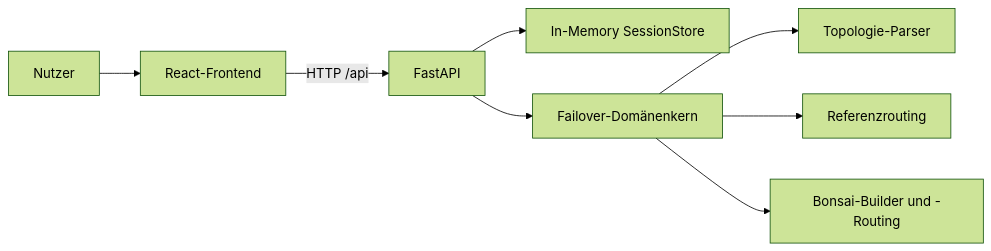
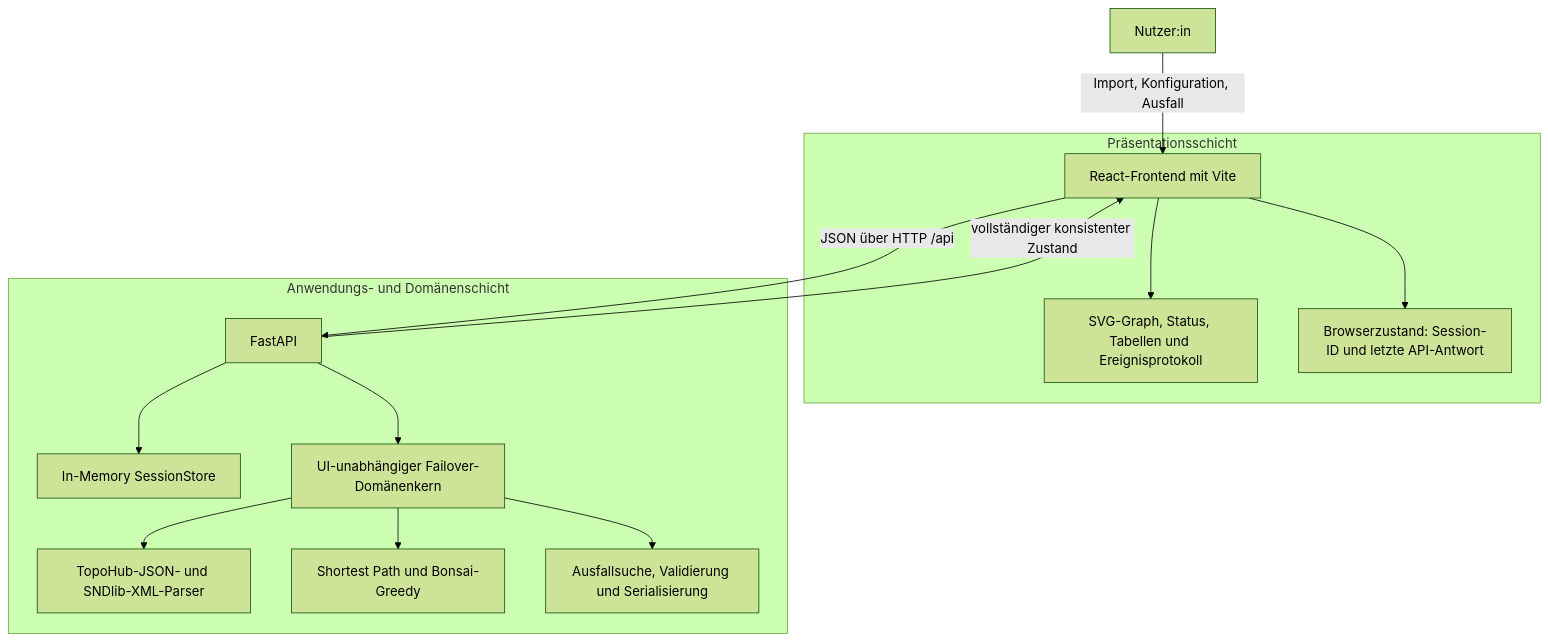
One commit to sammo3332/routing-simulator-hci-concept changed the first of 2 diagrams in ARCHITECTURE.md. Above: the diagram before and after it, drawn with Mermaid (forest theme). The commit also changed other lines of this file, not shown here.

Commit message:
docs: replace legacy architecture and failover diagrams

````diff
--- a/ARCHITECTURE.md
+++ b/ARCHITECTURE.md
@@ -17,10 +19,21 @@
 ```mermaid
-flowchart LR
-    U["Nutzer"] --> F["React-Frontend"]
-    F -->|"HTTP /api"| A["FastAPI"]
-    A --> S["In-Memory SessionStore"]
-    A --> C["Failover-Domänenkern"]
-    C --> P["Topologie-Parser"]
-    C --> R["Referenzrouting"]
-    C --> B["Bonsai-Builder und -Routing"]
+flowchart TB
+    U["Nutzer:in"] -->|"Import, Konfiguration, Ausfall"| F["React-Frontend mit Vite"]
+
+    subgraph Browser["Präsentationsschicht"]
+        F --> V["SVG-Graph, Status, Tabellen und Ereignisprotokoll"]
+        F --> B["Browserzustand: Session-ID und letzte API-Antwort"]
+    end
+
+    F -->|"JSON über HTTP /api"| A["FastAPI"]
+
+    subgraph Backend["Anwendungs- und Domänenschicht"]
+        A --> S["In-Memory SessionStore"]
+        A --> C["UI-unabhängiger Failover-Domänenkern"]
+        C --> I["TopoHub-JSON- und SNDlib-XML-Parser"]
+        C --> R["Shortest Path und Bonsai-Greedy"]
+        C --> X["Ausfallsuche, Validierung und Serialisierung"]
+    end
+
+    A -->|"vollständiger konsistenter Zustand"| F
 ```
````
